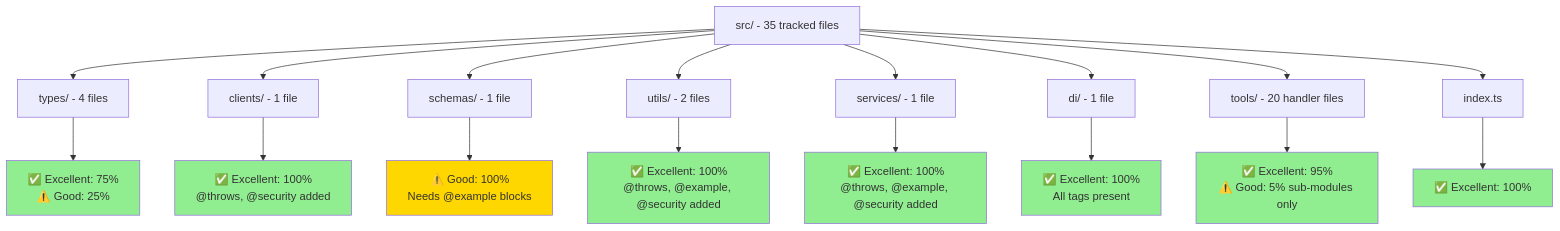
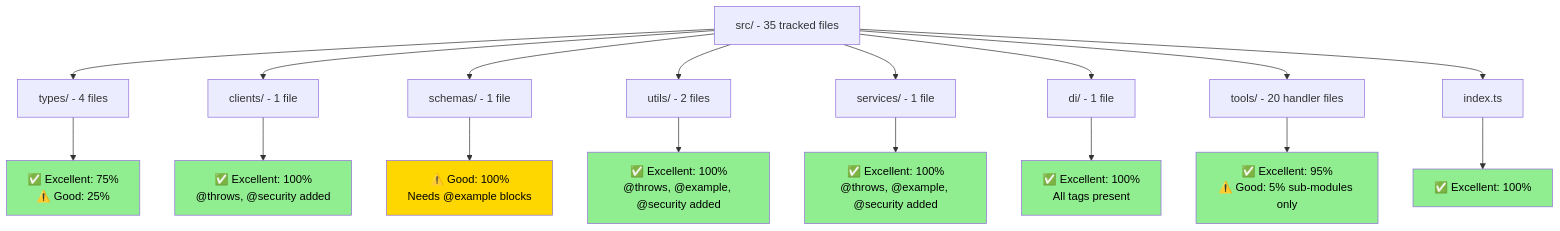
One commit to Hack23/European-Parliament-MCP-Server changed the first of 3 diagrams in api/media/JSDOC_COVERAGE_VISUALIZATION.md. Above: the diagram before and after it, drawn with Mermaid. The commit also changed other lines of this file and 1837 other files, not shown here.

````diff
--- a/api/media/JSDOC_COVERAGE_VISUALIZATION.md
+++ b/api/media/JSDOC_COVERAGE_VISUALIZATION.md
@@ -47,31 +47,39 @@
 ```mermaid
 graph TB
     Root[src/ - 35 tracked files]
 
     Root --> Types[types/ - 4 files]
     Root --> Clients[clients/ - 1 file]
     Root --> Schemas[schemas/ - 1 file]
     Root --> Utils[utils/ - 2 files]
     Root --> Services[services/ - 1 file]
     Root --> DI[di/ - 1 file]
     Root --> Tools[tools/ - 20 handler files]
     Root --> Index[index.ts]
 
     Types --> TypesStatus[✅ Excellent: 75%<br/>⚠️ Good: 25%]
     Clients --> ClientsStatus[✅ Excellent: 100%<br/>@throws, @security added]
     Schemas --> SchemasStatus[⚠️ Good: 100%<br/>Needs @example blocks]
     Utils --> UtilsStatus[✅ Excellent: 100%<br/>@throws, @example, @security added]
     Services --> ServicesStatus[✅ Excellent: 100%<br/>@throws, @example, @security added]
     DI --> DIStatus[✅ Excellent: 100%<br/>All tags present]
     Tools --> ToolsStatus[✅ Excellent: 95%<br/>⚠️ Good: 5% sub-modules only]
     Index --> IndexStatus[✅ Excellent: 100%]
 
-    style TypesStatus fill:#90EE90
-    style ClientsStatus fill:#90EE90
-    style SchemasStatus fill:#FFD700
-    style UtilsStatus fill:#90EE90
-    style ServicesStatus fill:#90EE90
-    style DIStatus fill:#90EE90
-    style ToolsStatus fill:#90EE90
-    style IndexStatus fill:#90EE90
+    style TypesStatus fill:#90EE90,color:#000000
+
+    style ClientsStatus fill:#90EE90,color:#000000
+
+    style SchemasStatus fill:#FFD700,color:#000000
+
+    style UtilsStatus fill:#90EE90,color:#000000
+
+    style ServicesStatus fill:#90EE90,color:#000000
+
+    style DIStatus fill:#90EE90,color:#000000
+
+    style ToolsStatus fill:#90EE90,color:#000000
+
+    style IndexStatus fill:#90EE90,color:#000000
+
 ```
````
